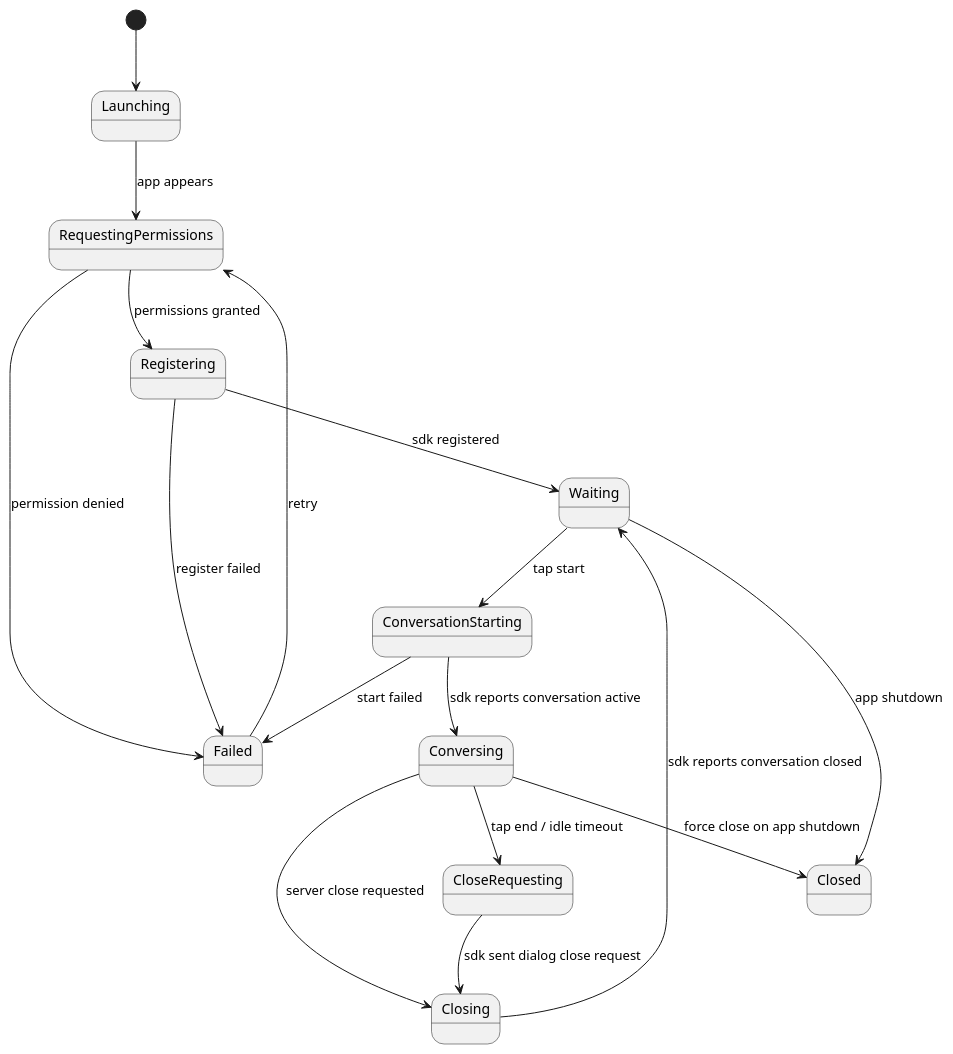
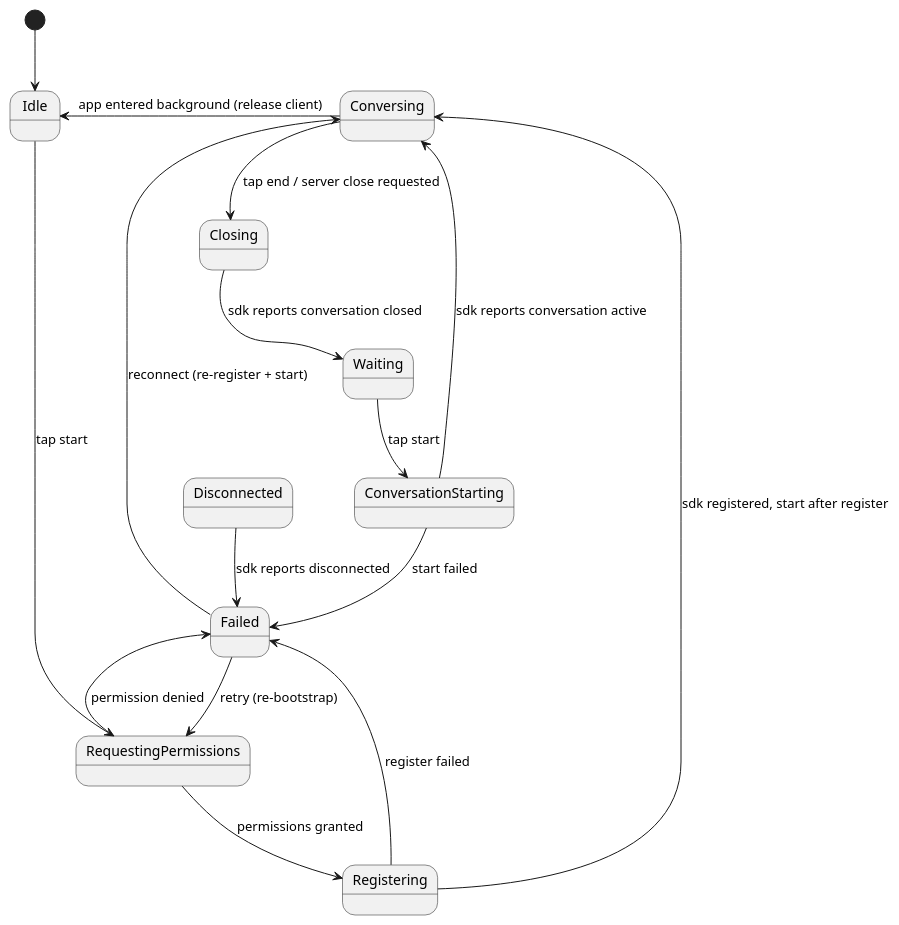
Before and after one commit to HengeLiu/RealtimeAgent: the first of 2 diagrams in examples/device_app_demo/ios/IOS_DEVICE_DEMO_APP_DESIGN.md, drawn with PlantUML. The commit also changed other lines of this file and 6 other files, not shown here.

````diff
--- a/examples/device_app_demo/ios/IOS_DEVICE_DEMO_APP_DESIGN.md
+++ b/examples/device_app_demo/ios/IOS_DEVICE_DEMO_APP_DESIGN.md
@@ -65,20 +65,19 @@
 ```plantuml
 @startuml
-[*] --> Launching
-Launching --> RequestingPermissions : app appears
+[*] --> Idle
+Idle --> RequestingPermissions : tap start
 RequestingPermissions --> Registering : permissions granted
 RequestingPermissions --> Failed : permission denied
-Registering --> Waiting : sdk registered
+Registering --> Conversing : sdk registered, start after register
 Registering --> Failed : register failed
 Waiting --> ConversationStarting : tap start
 ConversationStarting --> Conversing : sdk reports conversation active
 ConversationStarting --> Failed : start failed
-Conversing --> CloseRequesting : tap end / idle timeout
-CloseRequesting --> Closing : sdk sent dialog close request
+Conversing --> Closing : tap end / server close requested
 Closing --> Waiting : sdk reports conversation closed
-Conversing --> Closing : server close requested
-Failed --> RequestingPermissions : retry
-Waiting --> Closed : app shutdown
-Conversing --> Closed : force close on app shutdown
+Failed --> RequestingPermissions : retry (re-bootstrap)
+Disconnected --> Failed : sdk reports disconnected
+Failed --> Conversing : reconnect (re-register + start)
+Idle <-- Conversing : app entered background (release client)
 @enduml
 ```
````
